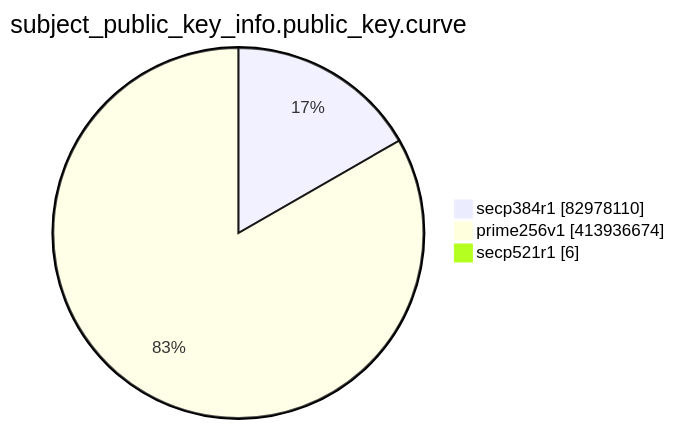
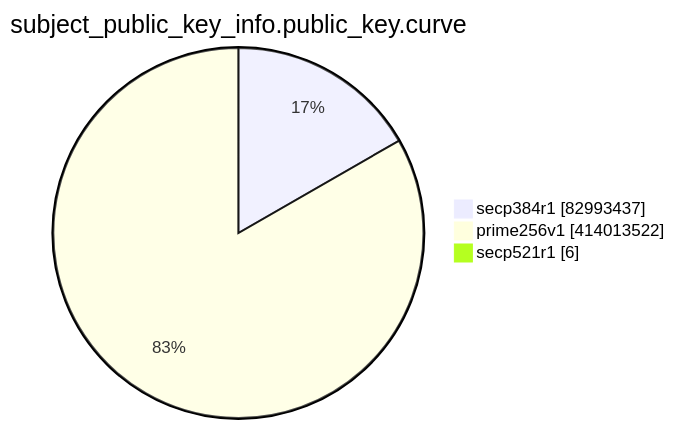
One commit to christiankrug/ctmonitor_visualization changed the eighth of 15 diagrams in TOTAL/README.md. Above: the diagram before and after it, drawn with Mermaid. The commit also changed other lines of this file, not shown here.

````diff
--- a/TOTAL/README.md
+++ b/TOTAL/README.md
@@ -3098,7 +3098,7 @@
 ```mermaid
 pie showData
 title subject_public_key_info.public_key.curve
-"secp384r1" :82978110
-"prime256v1" :413936674
+"secp384r1" :82993437
+"prime256v1" :414013522
 "secp521r1" :6
 ```
````
